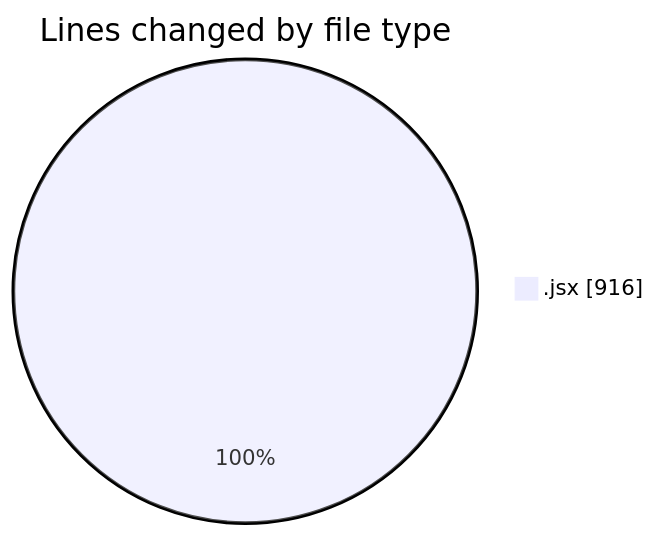
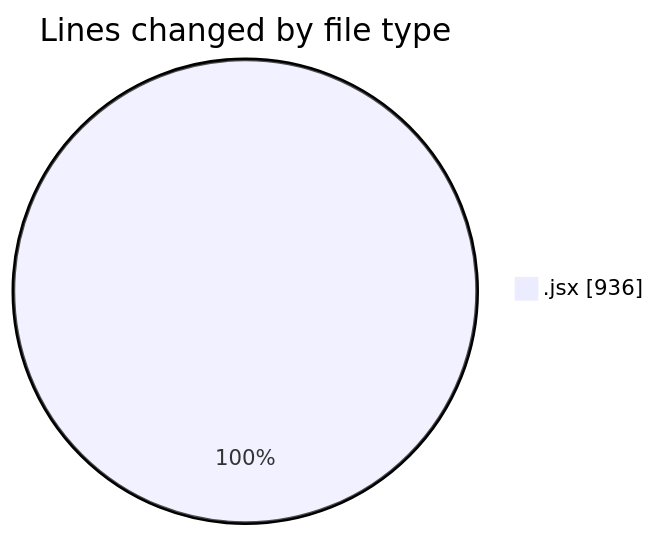
Before and after one commit to nxtqubesakshisongat/code-tracking: the first of 2 diagrams in 2025-05-12/argos-dev/README.md, drawn with Mermaid. The commit also changed other lines of this file and 1 other file, not shown here.

````diff
--- a/2025-05-12/argos-dev/README.md
+++ b/2025-05-12/argos-dev/README.md
@@ -20,5 +20,5 @@
 ```mermaid
 pie showData
 title Lines changed by file type
-".jsx" : 916
+".jsx" : 936
 ```
````
